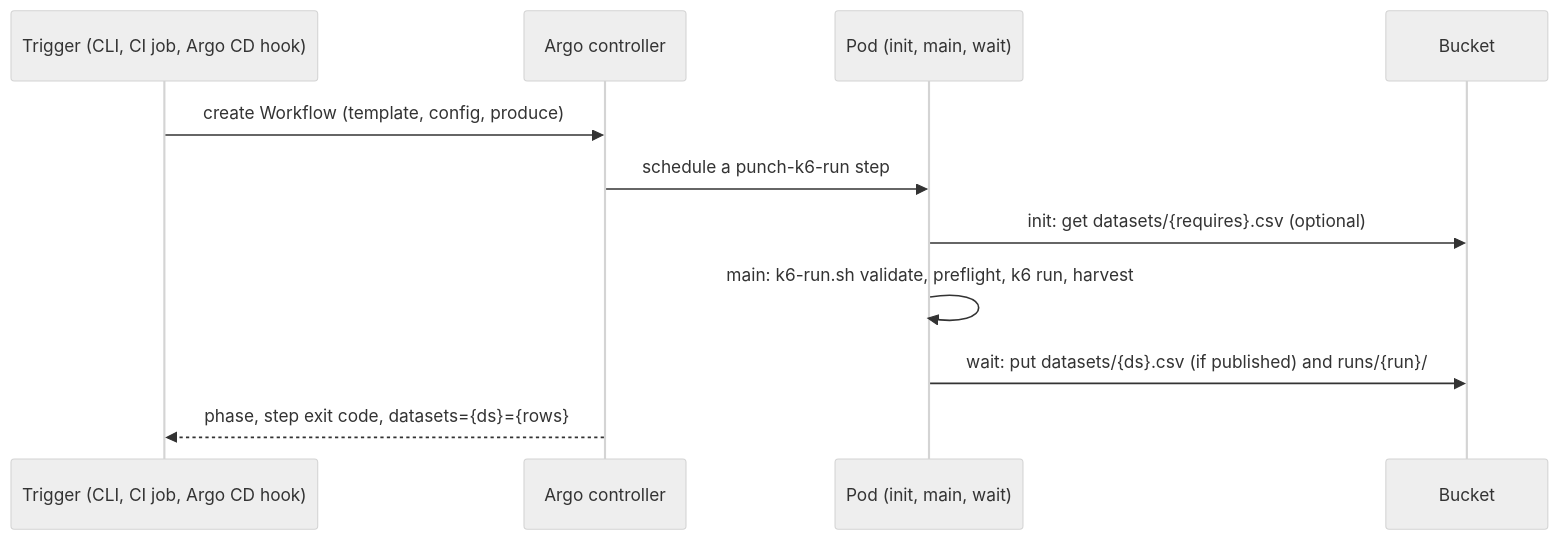
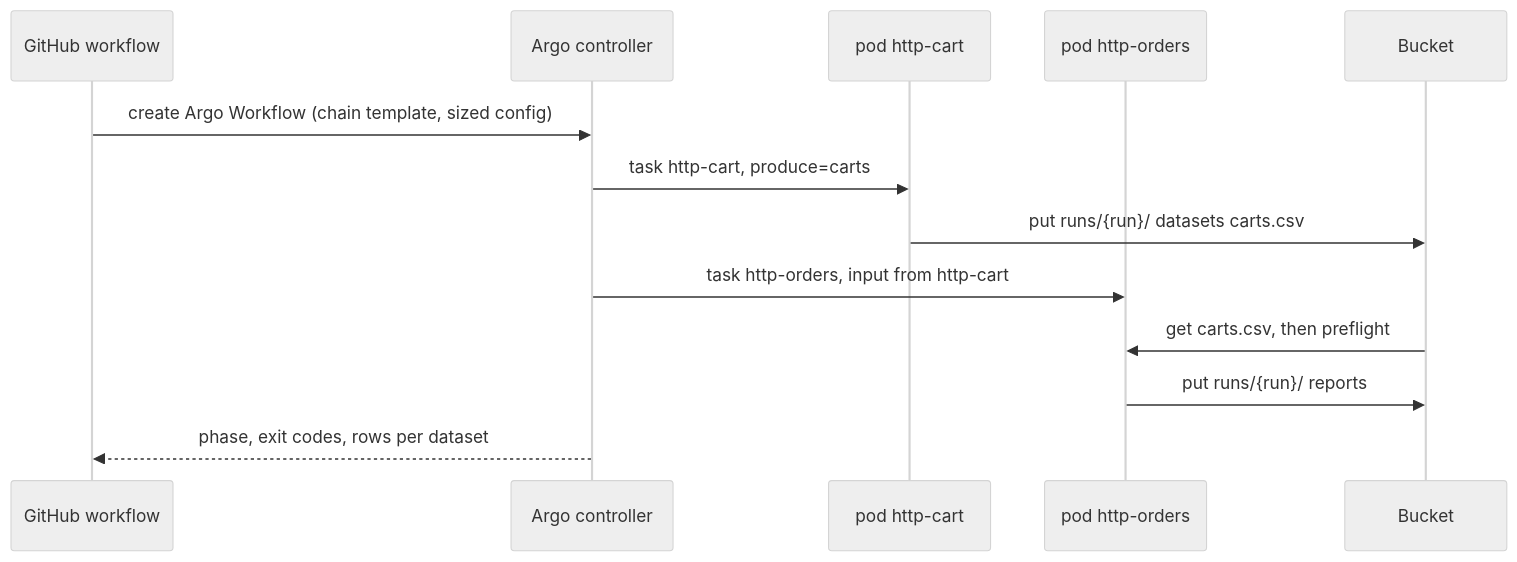
One commit to nicopizar00/punch changed the fourth of 4 diagrams in docs/architecture/orchestrator-to-kubernetes.md. Above: the diagram before and after it, drawn with Mermaid (neutral theme). The commit also changed other lines of this file and 2 other files, not shown here.

First line of the commit message:
docs(k8s): set the CI design for single runs and chains

````diff
--- a/docs/architecture/orchestrator-to-kubernetes.md
+++ b/docs/architecture/orchestrator-to-kubernetes.md
@@ -63,13 +140,15 @@
 ```mermaid
 sequenceDiagram
-  participant T as Trigger (CLI, CI job, Argo CD hook)
+  participant G as GitHub workflow
   participant C as Argo controller
-  participant P as Pod (init, main, wait)
+  participant P1 as pod http-cart
+  participant P2 as pod http-orders
   participant B as Bucket
-  T->>C: create Workflow (template, config, produce)
-  C->>P: schedule a punch-k6-run step
-  P->>B: init: get datasets/{requires}.csv (optional)
-  P->>P: main: k6-run.sh validate, preflight, k6 run, harvest
-  P->>B: wait: put datasets/{ds}.csv (if published) and runs/{run}/
-  C-->>T: phase, step exit code, datasets={ds}={rows}
+  G->>C: create Argo Workflow (chain template, sized config)
+  C->>P1: task http-cart, produce=carts
+  P1->>B: put runs/{run}/ datasets carts.csv
+  C->>P2: task http-orders, input from http-cart
+  B->>P2: get carts.csv, then preflight
+  P2->>B: put runs/{run}/ reports
+  C-->>G: phase, exit codes, rows per dataset
 ```
````
